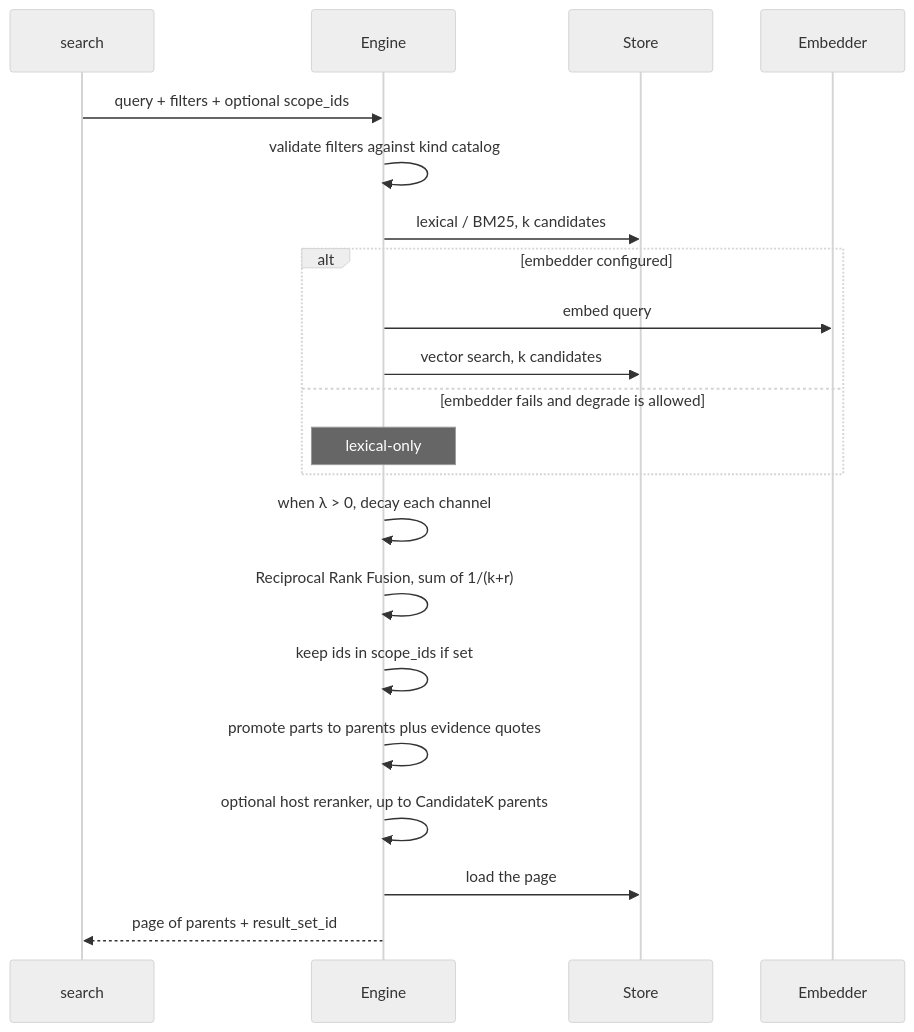
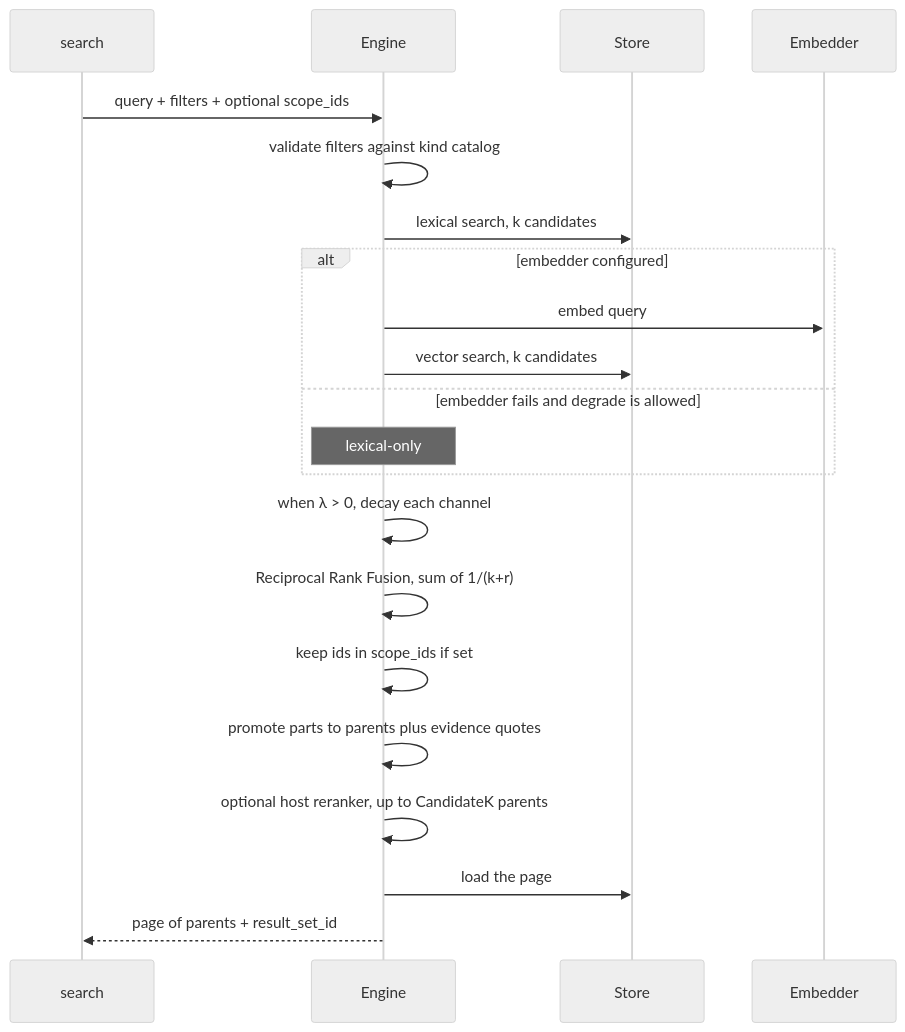
Before and after one commit to Ryanaldo34/tacklr: the seventh of 8 diagrams in docs/knowledge.md, drawn with Mermaid (neutral theme). The commit also changed other lines of this file and 9 other files, not shown here.

````diff
--- a/docs/knowledge.md
+++ b/docs/knowledge.md
@@ -486,24 +486,24 @@
 ```mermaid
 sequenceDiagram
     participant T as search
     participant E as Engine
     participant S as Store
     participant Emb as Embedder
 
     T->>E: query + filters + optional scope_ids
     E->>E: validate filters against kind catalog
-    E->>S: lexical / BM25, k candidates
+    E->>S: lexical search, k candidates
     alt embedder configured
         E->>Emb: embed query
         E->>S: vector search, k candidates
     else embedder fails and degrade is allowed
         Note over E: lexical-only
     end
     E->>E: when λ > 0, decay each channel
     E->>E: Reciprocal Rank Fusion, sum of 1/(k+r)
     E->>E: keep ids in scope_ids if set
     E->>E: promote parts to parents plus evidence quotes
     E->>E: optional host reranker, up to CandidateK parents
     E->>S: load the page
     E-->>T: page of parents + result_set_id
 ```
````
